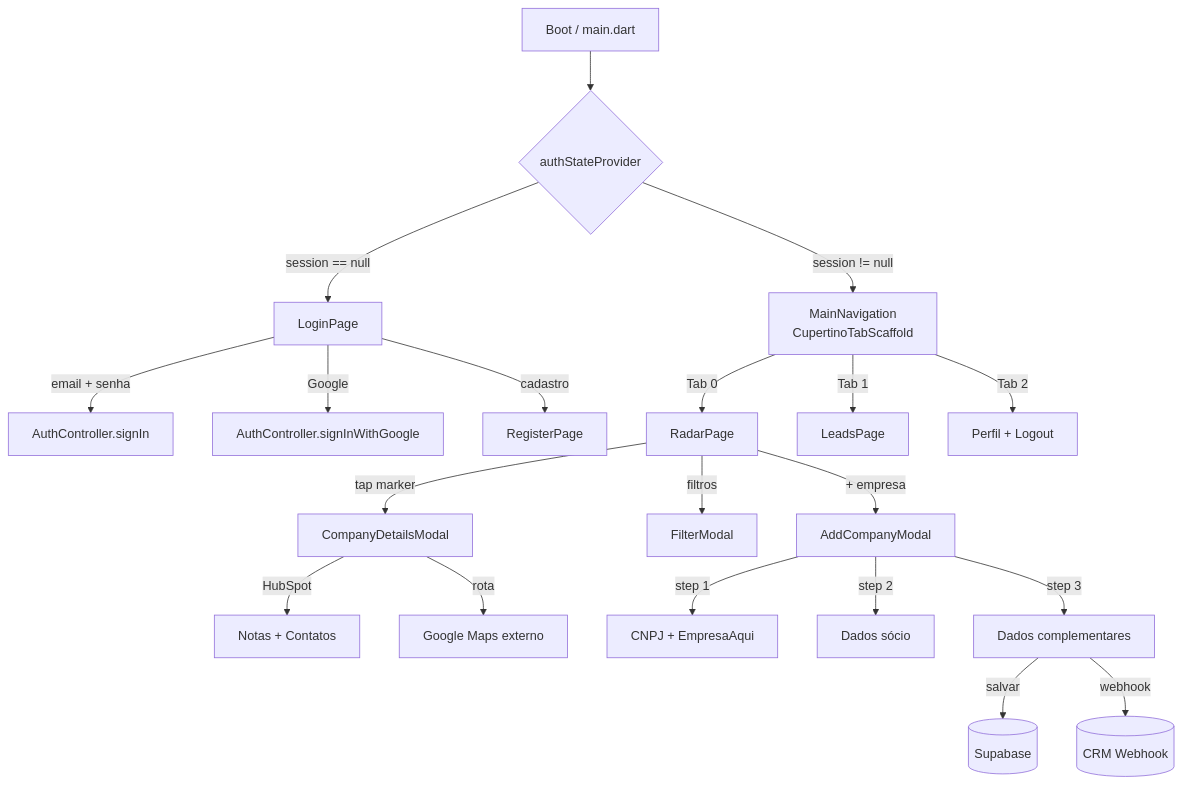
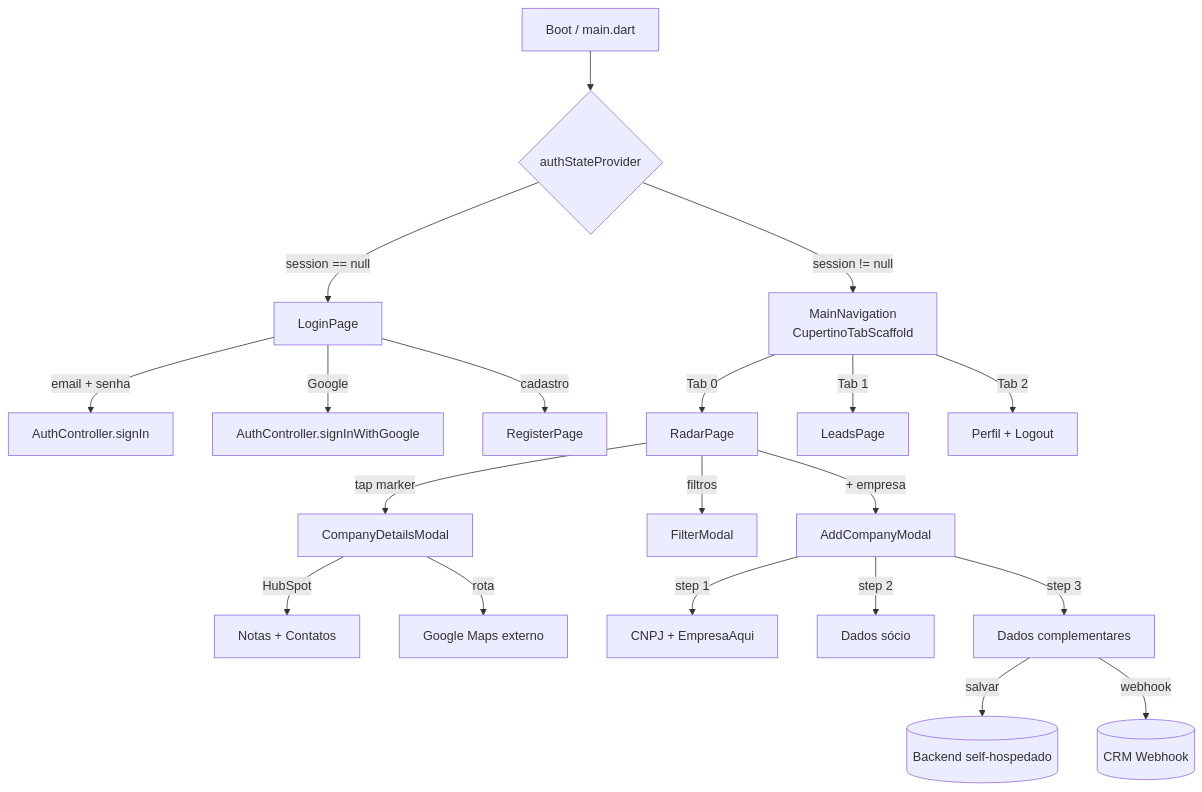
The second of 2 diagrams in CLAUDE.md (danielfercope/rumo-app), drawn with Mermaid before and after one commit. The commit also changed other lines of this file and 3 other files, not shown here.

````diff
--- a/CLAUDE.md
+++ b/CLAUDE.md
@@ -117,27 +132,27 @@
 ```mermaid
 flowchart TD
     BOOT[Boot / main.dart] --> AUTH_STATE{authStateProvider}
     AUTH_STATE -->|session == null| LOGIN[LoginPage]
     AUTH_STATE -->|session != null| NAV[MainNavigation<br/>CupertinoTabScaffold]
 
     LOGIN -->|email + senha| SIGN_IN[AuthController.signIn]
     LOGIN -->|Google| GOOGLE[AuthController.signInWithGoogle]
     LOGIN -->|cadastro| REGISTER[RegisterPage]
 
     NAV -->|Tab 0| RADAR[RadarPage]
     NAV -->|Tab 1| LEADS[LeadsPage]
     NAV -->|Tab 2| PROFILE_TAB[Perfil + Logout]
 
     RADAR -->|tap marker| DETAILS[CompanyDetailsModal]
     RADAR -->|filtros| FILTER_MODAL[FilterModal]
     RADAR -->|+ empresa| ADD[AddCompanyModal]
 
     DETAILS -->|HubSpot| HS_NOTES_VIEW[Notas + Contatos]
     DETAILS -->|rota| MAPS[Google Maps externo]
 
     ADD -->|step 1| CNPJ_STEP[CNPJ + EmpresaAqui]
     ADD -->|step 2| SOCIO_STEP[Dados sócio]
     ADD -->|step 3| COMP_STEP[Dados complementares]
-    COMP_STEP -->|salvar| SUPABASE[(Supabase)]
+    COMP_STEP -->|salvar| BACKEND[(Backend self-hospedado)]
     COMP_STEP -->|webhook| CRM[(CRM Webhook)]
 ```
````
